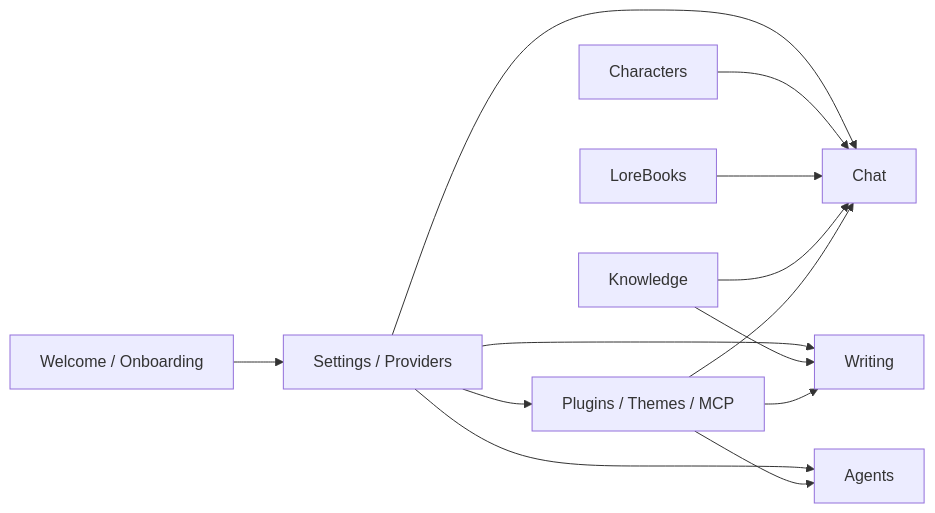
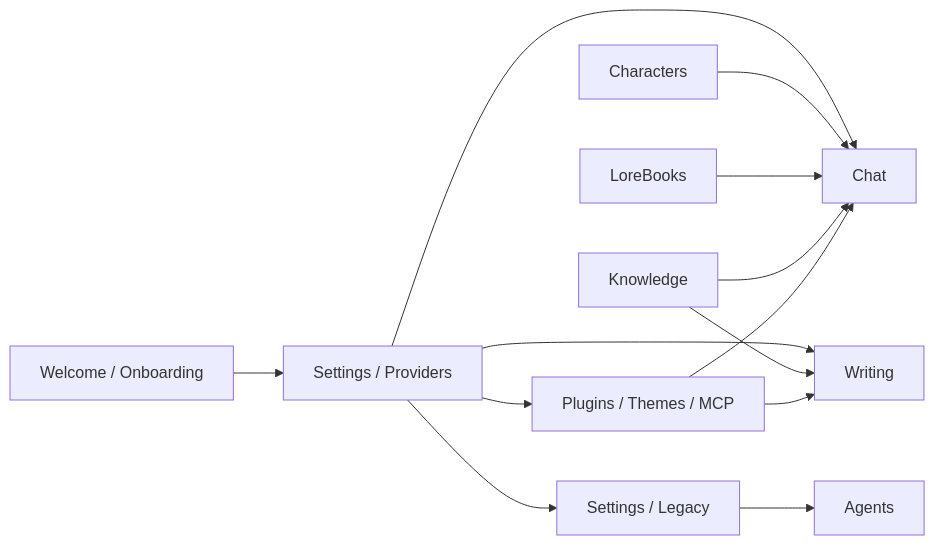
Before and after one commit to tg-prplx/vellium: the diagram in docs/vellium/README.md, drawn with Mermaid. The commit also changed other lines of this file and 56 other files, not shown here.

````diff
--- a/docs/vellium/README.md
+++ b/docs/vellium/README.md
@@ -36,15 +36,15 @@
 ```mermaid
 flowchart LR
   A["Welcome / Onboarding"] --> B["Settings / Providers"]
   B --> C["Chat"]
   B --> D["Writing"]
   E["Characters"] --> C
   F["LoreBooks"] --> C
   G["Knowledge"] --> C
   G --> D
-  B --> I["Agents"]
   B --> H["Plugins / Themes / MCP"]
+  B --> I["Settings / Legacy"]
+  I --> J["Agents"]
   H --> C
   H --> D
-  H --> I
 ```
````
